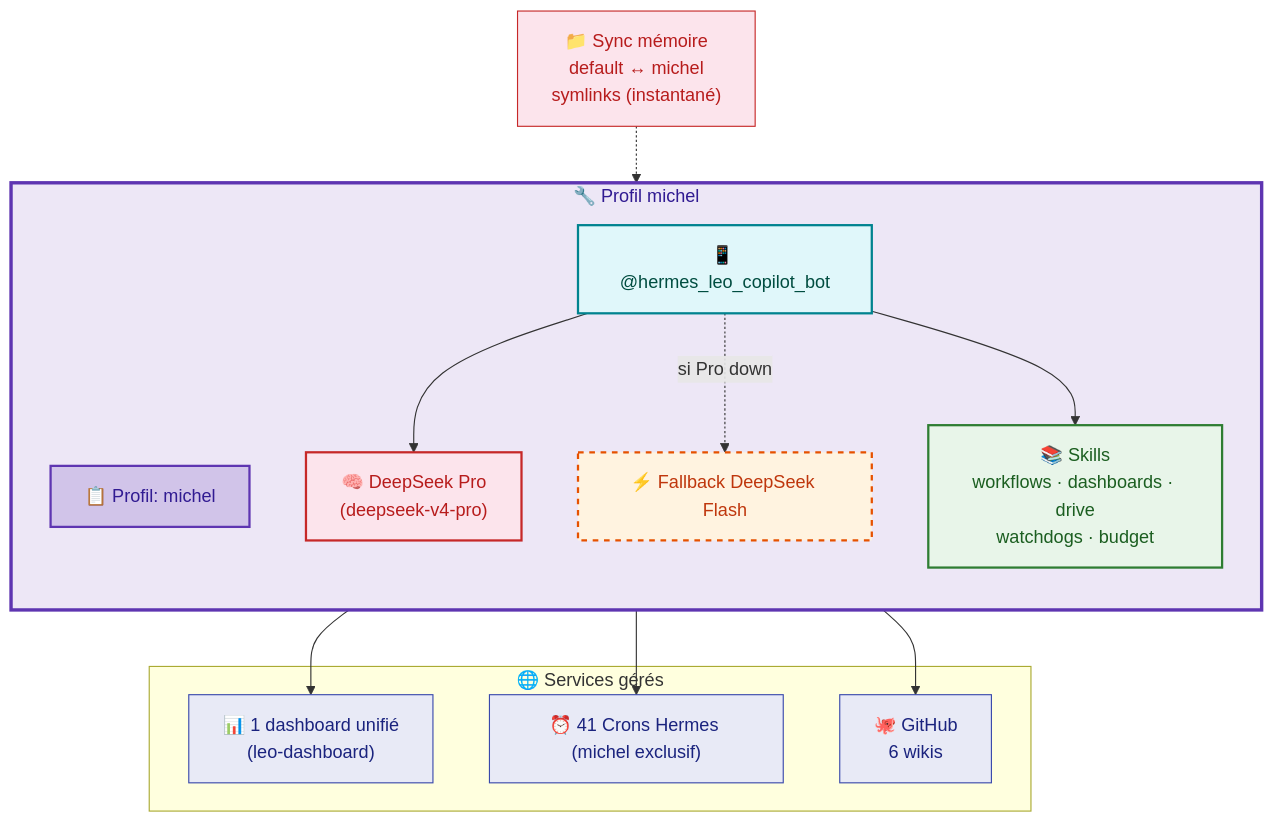
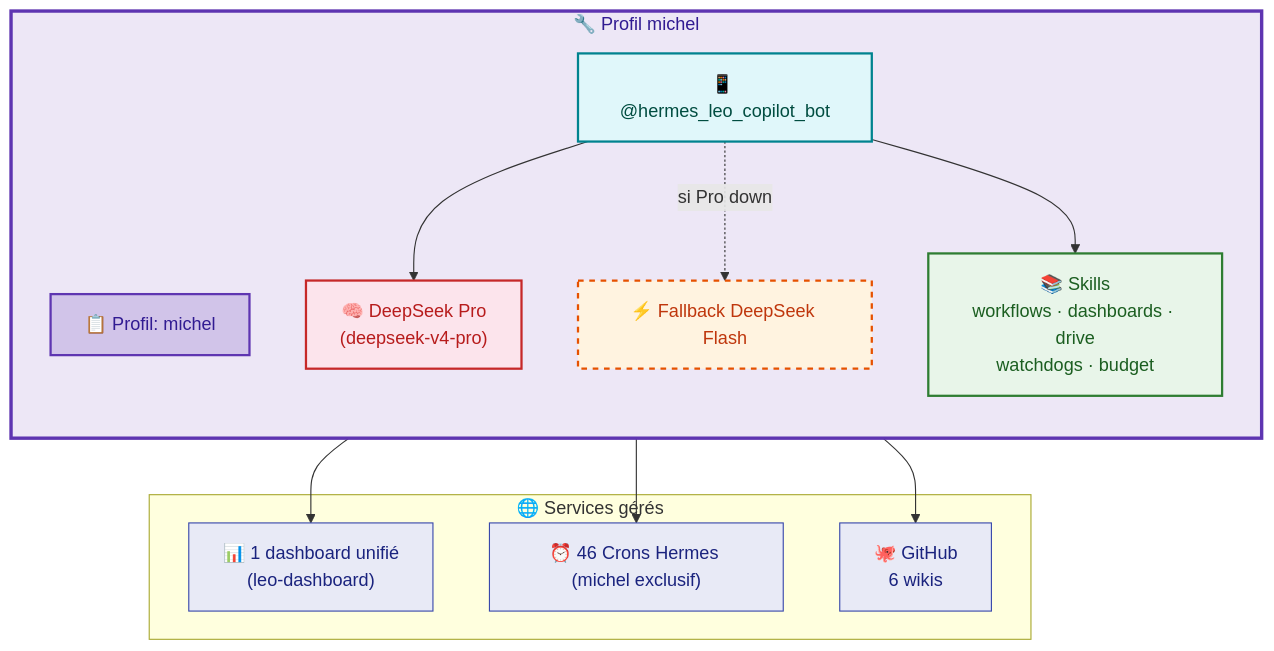
Before and after one commit to christophedanhier-hash/hermes-wiki: the third of 5 diagrams in docs/hermes/architecture-communication.md, drawn with Mermaid. The commit also changed other lines of this file, not shown here.

First line of the commit message:
fix(architecture-communication): correction mémoires, crons, prix, renommage

````diff
--- a/docs/hermes/architecture-communication.md
+++ b/docs/hermes/architecture-communication.md
@@ -135,39 +130,35 @@
 ```mermaid
 flowchart TB
-    subgraph COPILOT["🔧 Profil michel"]
+    subgraph MICHEL["🔧 Profil michel"]
         direction TB
         P1["📋 Profil: michel"]
         B1["📱 @hermes_leo_copilot_bot"]
         M1["🧠 DeepSeek Pro<br/>(deepseek-v4-pro)"]
         F1["⚡ Fallback DeepSeek Flash"]
         SKILLS["📚 Skills<br/>workflows · dashboards · drive<br/>watchdogs · budget"]
     end
 
     subgraph EXTERNE["🌐 Services gérés"]
         DASH["📊 1 dashboard unifié<br/>(leo-dashboard)"]
-        CRONS["⏰ 41 Crons Hermes (michel exclusif)"]
+        CRONS["⏰ 46 Crons Hermes (michel exclusif)"]
         GH["🐙 GitHub<br/>6 wikis"]
     end
-
-    MEM["📁 Sync mémoire<br/>default ↔ michel<br/>symlinks (instantané)"]
 
     B1 --> M1
     B1 -.->|"si Pro down"| F1
     B1 --> SKILLS
-    MEM -.-> P1
 
     SKILLS --> DASH
     SKILLS --> CRONS
     SKILLS --> GH
 
-    style COPILOT fill:#ede7f6,stroke:#5e35b1,stroke-width:3px,color:#311b92
+    style MICHEL fill:#ede7f6,stroke:#5e35b1,stroke-width:3px,color:#311b92
     style P1 fill:#d1c4e9,stroke:#5e35b1,stroke-width:2px,color:#311b92
     style B1 fill:#e0f7fa,stroke:#00838f,stroke-width:2px,color:#004d40
     style M1 fill:#fce4ec,stroke:#c62828,stroke-width:2px,color:#b71c1c
     style F1 fill:#fff3e0,stroke:#e65100,stroke-width:2px,stroke-dasharray:5,color:#bf360c
     style SKILLS fill:#e8f5e9,stroke:#2e7d32,stroke-width:2px,color:#1b5e20
-    style MEM fill:#fce4ec,stroke:#c62828,color:#b71c1c
     style DASH fill:#e8eaf6,stroke:#3949ab,color:#1a237e
     style CRONS fill:#e8eaf6,stroke:#3949ab,color:#1a237e
     style GH fill:#e8eaf6,stroke:#3949ab,color:#1a237e
 ```
````
